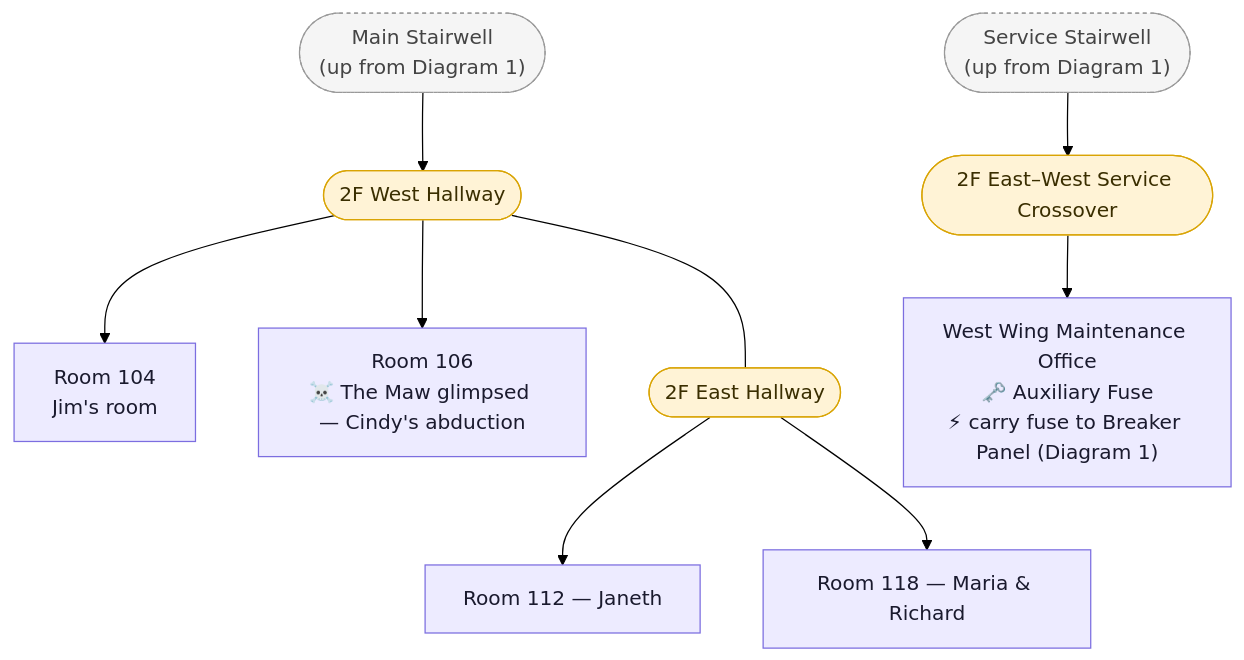
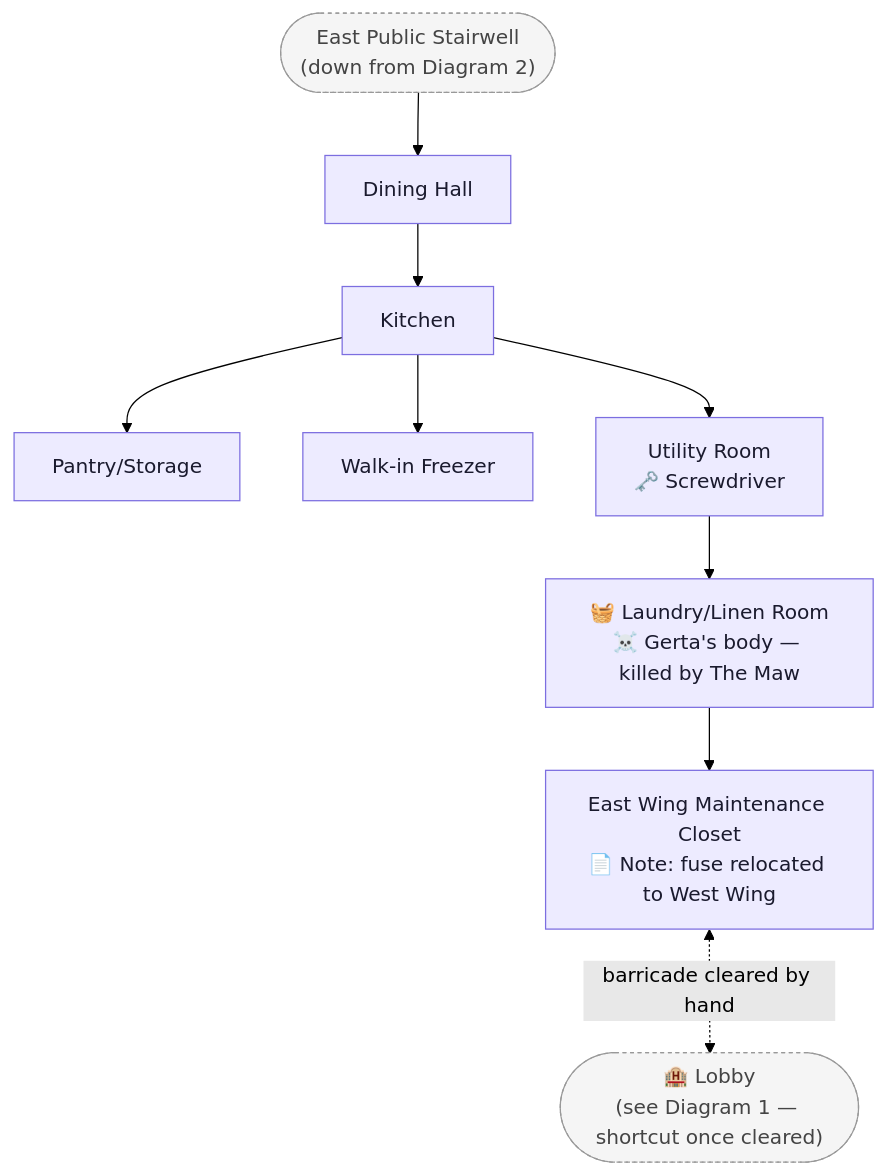
Before and after one commit to GIToez/Deadlock-Design: the third of 5 diagrams in DESIGN/Locations/Ravenwood_Hotel.md, drawn with Mermaid (forest theme). The commit also changed other lines of this file and 9 other files, not shown here.

First line of the commit message:
Rebuild Ravenwood Hotel East/West Wing power-restoration route to match real floor plan

````diff
--- a/DESIGN/Locations/Ravenwood_Hotel.md
+++ b/DESIGN/Locations/Ravenwood_Hotel.md
@@ -256,28 +302,24 @@
 ```mermaid
 flowchart TD
-    STAIRMREF(["Main Stairwell<br/>(up from Diagram 1)"])
-    F2W(["2F West Hallway"])
-    R104["Room 104<br/>Jim's room"]
-    R106["Room 106<br/>☠️ The Maw glimpsed — Cindy's abduction"]
-    F2E(["2F East Hallway"])
-    R112["Room 112 — Janeth"]
-    R118["Room 118 — Maria & Richard"]
-    SVCSTAIRREF(["Service Stairwell<br/>(up from Diagram 1)"])
-    CROSS(["2F East–West Service Crossover"])
-    WMAINT["West Wing Maintenance Office<br/>🗝️ Auxiliary Fuse<br/>⚡ carry fuse to Breaker Panel (Diagram 1)"]
+    EPUBSTAIRREF(["East Public Stairwell<br/>(down from Diagram 2)"])
+    DINING["Dining Hall"]
+    KITCHEN["Kitchen"]
+    PANTRY["Pantry/Storage"]
+    FREEZER["Walk-in Freezer"]
+    UTILITY["Utility Room<br/>🗝️ Screwdriver"]
+    LAUNDRY["🧺 Laundry/Linen Room<br/>☠️ Gerta's body — killed by The Maw"]
+    ECLOSET["East Wing Maintenance Closet<br/>📄 Note: fuse relocated to West Wing"]
+    LOBBYREF(["🏨 Lobby<br/>(see Diagram 1 — shortcut once cleared)"])
 
-    STAIRMREF --> F2W
-    F2W --> R104
-    F2W --> R106
-    F2W --- F2E
-    F2E --> R112
-    F2E --> R118
-    SVCSTAIRREF --> CROSS --> WMAINT
+    EPUBSTAIRREF --> DINING --> KITCHEN
+    KITCHEN --> PANTRY
+    KITCHEN --> FREEZER
+    KITCHEN --> UTILITY --> LAUNDRY --> ECLOSET
+    ECLOSET <-. barricade cleared by hand .-> LOBBYREF
 
     classDef room fill:#EDEBFF,stroke:#7C6EE0,color:#1a1a2e
     classDef hallway fill:#FFF3D6,stroke:#D9A404,color:#3a2e00
     classDef ref fill:#F5F5F5,stroke:#999999,color:#444444,stroke-dasharray:3 3
-    class STAIRMREF,SVCSTAIRREF ref
-    class F2W,F2E,CROSS hallway
-    class R104,R106,R112,R118,WMAINT room
+    class EPUBSTAIRREF,LOBBYREF ref
+    class DINING,KITCHEN,PANTRY,FREEZER,UTILITY,LAUNDRY,ECLOSET room
 ```
````
